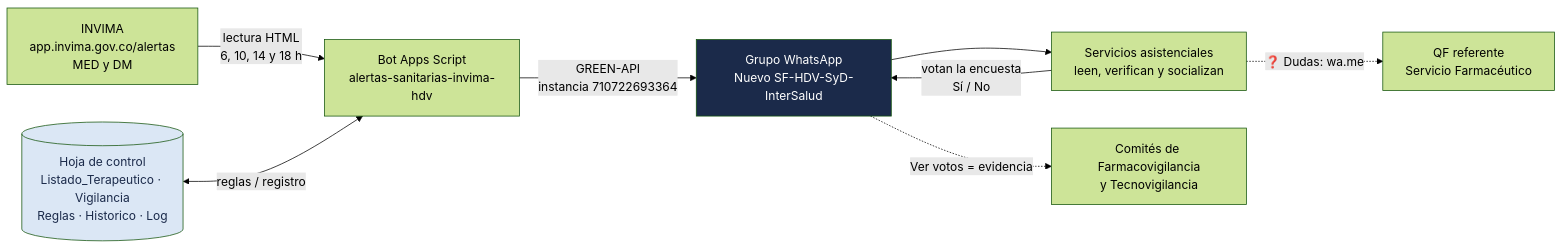
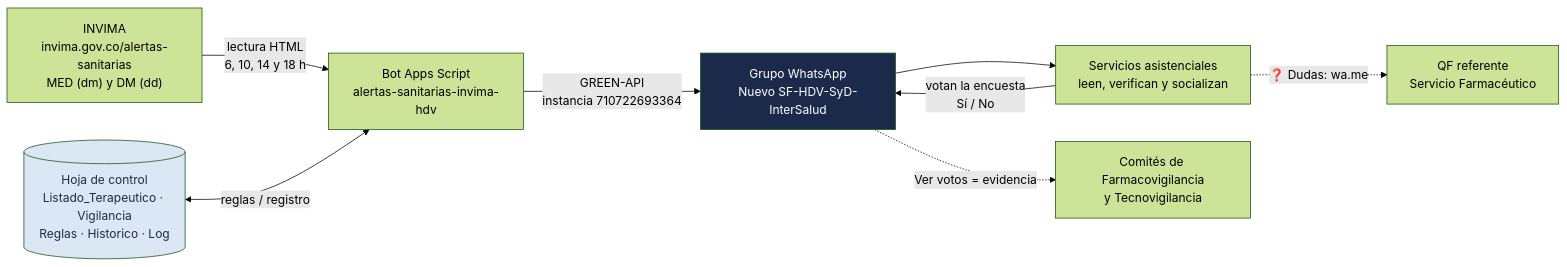
The first of 5 diagrams in README.md (jsaavedran1-glitch/alertas-whatsapp-sanitarias-invima), drawn with Mermaid (forest theme) before and after one commit. The commit also changed other lines of this file and 4 other files, not shown here.

First line of the commit message:
Lee el sitio nuevo de INVIMA (Odoo, www.invima.gov.co/alertas-sanitarias)

````diff
--- a/README.md
+++ b/README.md
@@ -34,12 +34,12 @@
 ```mermaid
 flowchart LR
-    INV["INVIMA<br/>app.invima.gov.co/alertas<br/>MED y DM"] -->|"lectura HTML<br/>6, 10, 14 y 18 h"| BOT["Bot Apps Script<br/>alertas-sanitarias-invima-hdv"]
+    INV["INVIMA<br/>invima.gov.co/alertas-sanitarias<br/>MED (dm) y DM (dd)"] -->|"lectura HTML<br/>6, 10, 14 y 18 h"| BOT["Bot Apps Script<br/>alertas-sanitarias-invima-hdv"]
     HOJA[("Hoja de control<br/>Listado_Terapeutico · Vigilancia<br/>Reglas · Historico · Log")] <-->|"reglas / registro"| BOT
     BOT -->|"GREEN-API<br/>instancia 710722693364"| WA["Grupo WhatsApp<br/>Nuevo SF-HDV-SyD-InterSalud"]
     WA --> SERV["Servicios asistenciales<br/>leen, verifican y socializan"]
     SERV -->|"votan la encuesta<br/>Sí / No"| WA
     SERV -.->|"❓ Dudas: wa.me"| QF["QF referente<br/>Servicio Farmacéutico"]
     WA -.->|"Ver votos = evidencia"| COM["Comités de Farmacovigilancia<br/>y Tecnovigilancia"]
     style WA fill:#1b2a4a,color:#fff
     style HOJA fill:#dbe7f5,color:#1b2a4a
 ```
````
